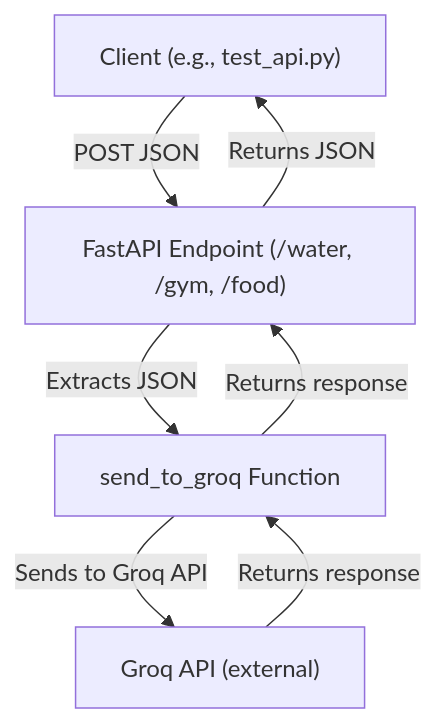
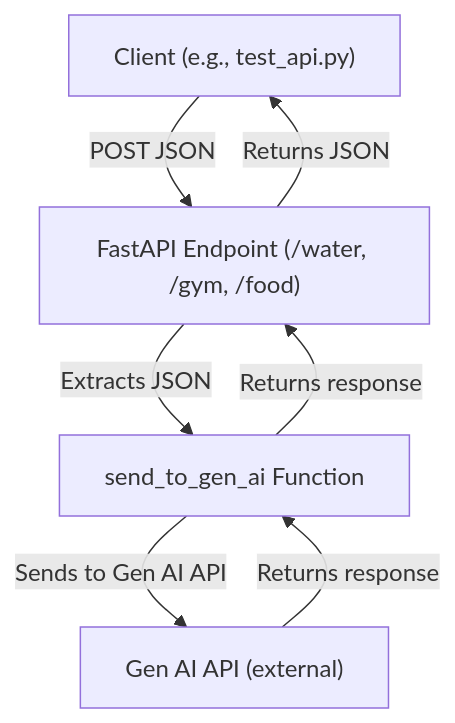
Before and after one commit to Siddharthakhandelwal/Health-Tracker: the diagram in WORKFLOW_AND_DATAFLOW.md, drawn with Mermaid. The commit also changed other lines of this file and 4 other files, not shown here.

````diff
--- a/WORKFLOW_AND_DATAFLOW.md
+++ b/WORKFLOW_AND_DATAFLOW.md
@@ -11,9 +11,9 @@
 ```mermaid
 graph TD
     Client["Client (e.g., test_api.py)"] -->|POST JSON| API["FastAPI Endpoint (/water, /gym, /food)"]
-    API -->|Extracts JSON| Process["send_to_groq Function"]
-    Process -->|Sends to Groq API| Groq["Groq API (external)"]
-    Groq -->|Returns response| Process
+    API -->|Extracts JSON| Process["send_to_gen_ai Function"]
+    Process -->|Sends to Gen AI API| GenAI["Gen AI API (external)"]
+    GenAI -->|Returns response| Process
     Process -->|Returns response| API
     API -->|Returns JSON| Client
 ```
````
